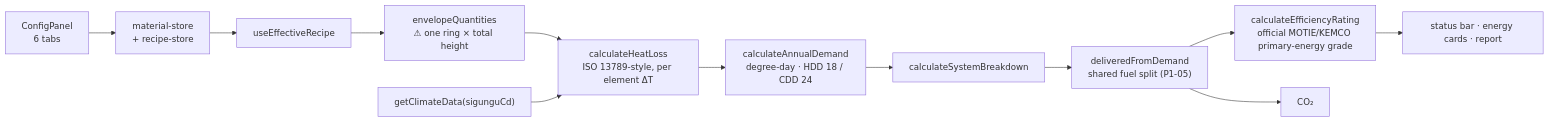
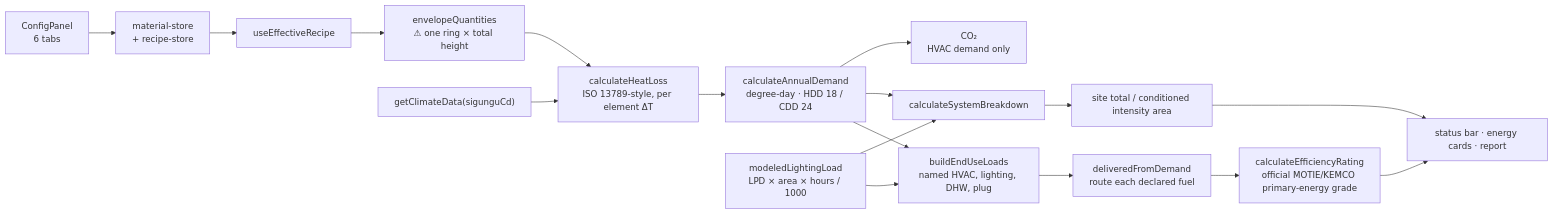
Before and after one commit to mattysouth97/BIM: the diagram in docs/02_Features/Twin Energy Model.md, drawn with Mermaid. The commit also changed other lines of this file and 25 other files, not shown here.

````diff
--- a/docs/02_Features/Twin Energy Model.md
+++ b/docs/02_Features/Twin Energy Model.md
@@ -44,14 +59,19 @@
 ```mermaid
 flowchart LR
   CP["ConfigPanel<br/>6 tabs"] --> MS["material-store<br/>+ recipe-store"]
   MS --> ER[useEffectiveRecipe]
   ER --> EQ["envelopeQuantities<br/>⚠ one ring × total height"]
   EQ --> HL["calculateHeatLoss<br/>ISO 13789-style, per element ΔT"]
   CD["getClimateData(sigunguCd)"] --> HL
   HL --> AD["calculateAnnualDemand<br/>degree-day · HDD 18 / CDD 24"]
-  AD --> SB[calculateSystemBreakdown]
-  SB --> DF["deliveredFromDemand<br/>shared fuel split (P1-05)"]
+  AD --> EU["buildEndUseLoads<br/>named HVAC, lighting, DHW, plug"]
+  LL["modeledLightingLoad<br/>LPD × area × hours / 1000"] --> EU
+  LL --> SB[calculateSystemBreakdown]
+  AD --> SB
+  EU --> DF["deliveredFromDemand<br/>route each declared fuel"]
   DF --> GR["calculateEfficiencyRating<br/>official MOTIE/KEMCO primary-energy grade"]
-  DF --> CO[CO₂]
+  AD --> CO["CO₂<br/>HVAC demand only"]
+  SB --> SITE["site total / conditioned intensity area"]
+  SITE --> UI
   GR --> UI["status bar · energy cards · report"]
 ```
````
